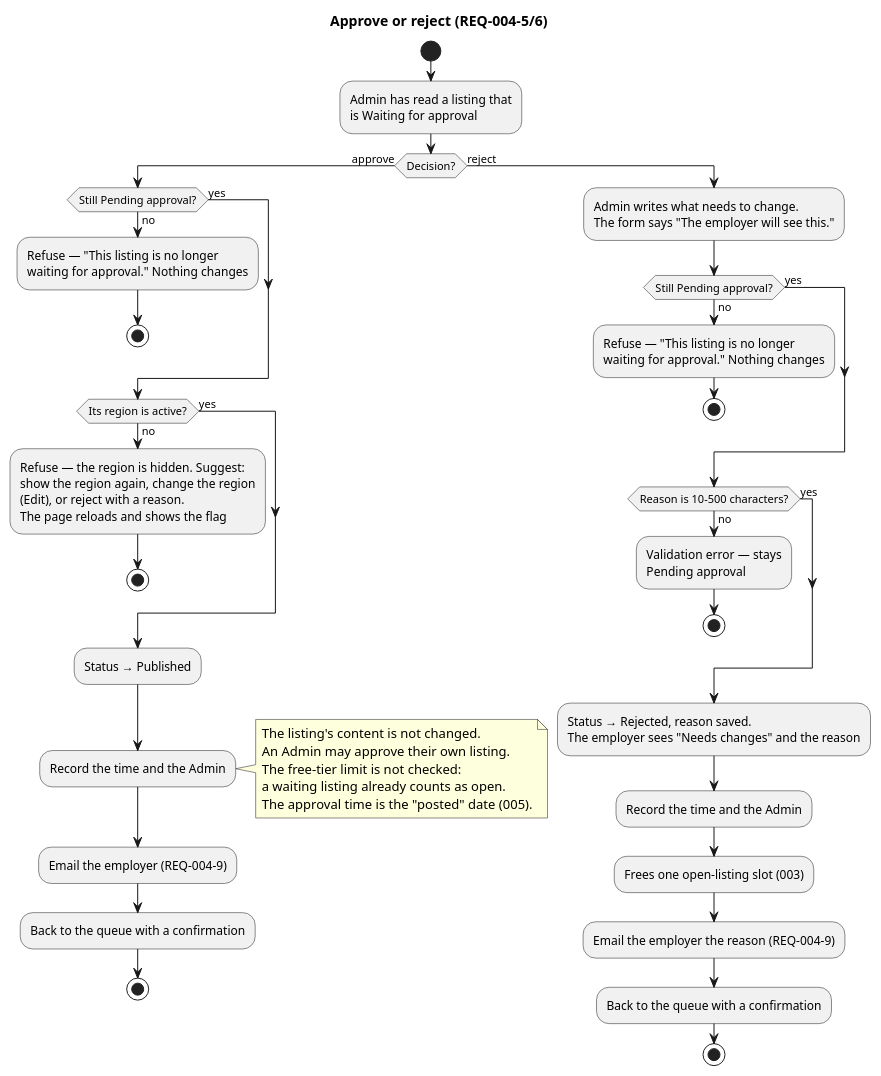
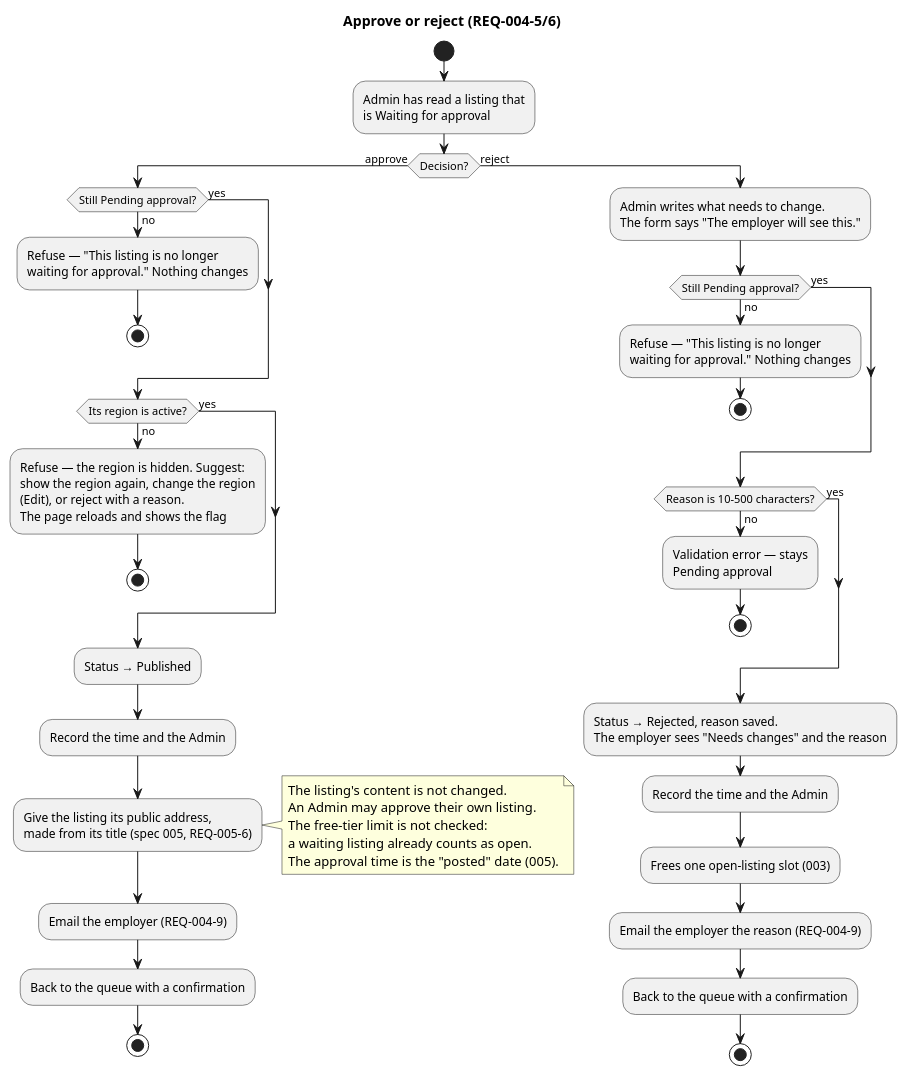
The diagram in docs/specs/004-listings-admin-moderation/diagrams/activity-approve-or-reject.puml (raseniero/jairojobs-elixir), drawn with PlantUML before and after one commit. The commit also changed 16 other files, not shown here.

Commit message:
feat(listings): a listing gets its public address at approval (REQ-005-6)

```diff
--- a/docs/specs/004-listings-admin-moderation/diagrams/activity-approve-or-reject.puml
+++ b/docs/specs/004-listings-admin-moderation/diagrams/activity-approve-or-reject.puml
@@ -1,58 +1,60 @@
 @startuml activity-approve-or-reject
 ' Spec 004 — approving and rejecting a waiting listing (REQ-004-5, -6)
 title Approve or reject (REQ-004-5/6)
 
 start
 :Admin has read a listing that
 is Waiting for approval;
 if (Decision?) then (approve)
   if (Still Pending approval?) then (no)
     :Refuse — "This listing is no longer
     waiting for approval." Nothing changes;
     stop
   else (yes)
   endif
   if (Its region is active?) then (no)
     :Refuse — the region is hidden. Suggest:
     show the region again, change the region
     (Edit), or reject with a reason.
     The page reloads and shows the flag;
     stop
   else (yes)
   endif
   :Status → Published;
   :Record the time and the Admin;
+  :Give the listing its public address,
+  made from its title (spec 005, REQ-005-6);
   note right
     The listing's content is not changed.
     An Admin may approve their own listing.
     The free-tier limit is not checked:
     a waiting listing already counts as open.
     The approval time is the "posted" date (005).
   end note
   :Email the employer (REQ-004-9);
   :Back to the queue with a confirmation;
   stop
 else (reject)
   :Admin writes what needs to change.
   The form says "The employer will see this.";
   if (Still Pending approval?) then (no)
     :Refuse — "This listing is no longer
     waiting for approval." Nothing changes;
     stop
   else (yes)
   endif
   if (Reason is 10–500 characters?) then (no)
     :Validation error — stays
     Pending approval;
     stop
   else (yes)
   endif
   :Status → Rejected, reason saved.
   The employer sees "Needs changes" and the reason;
   :Record the time and the Admin;
   :Frees one open-listing slot (003);
   :Email the employer the reason (REQ-004-9);
   :Back to the queue with a confirmation;
   stop
 endif
 @enduml
```
